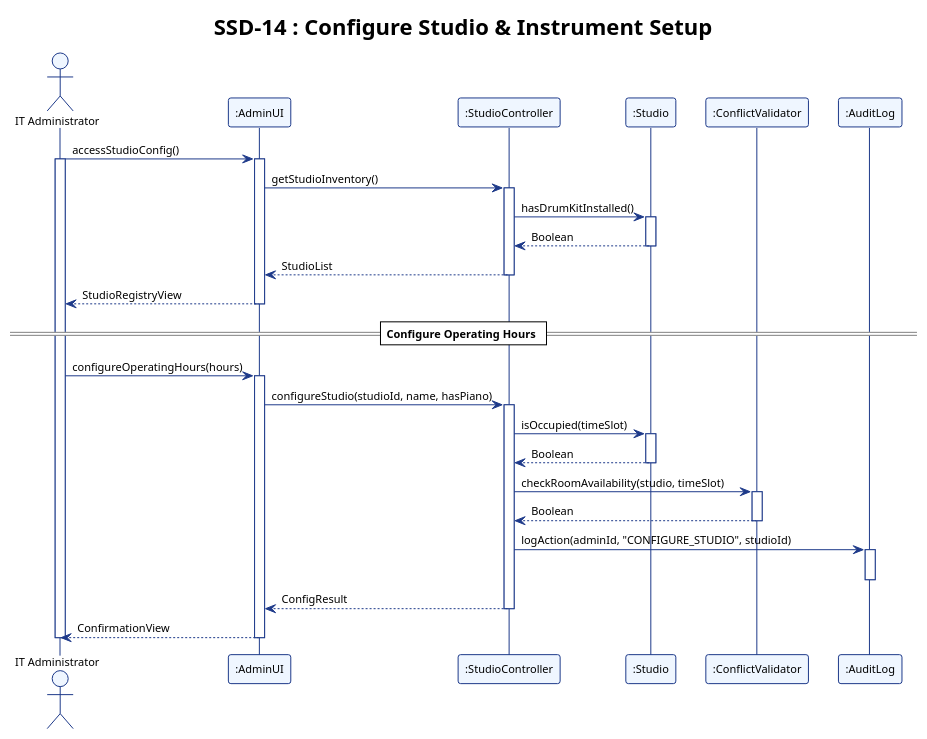
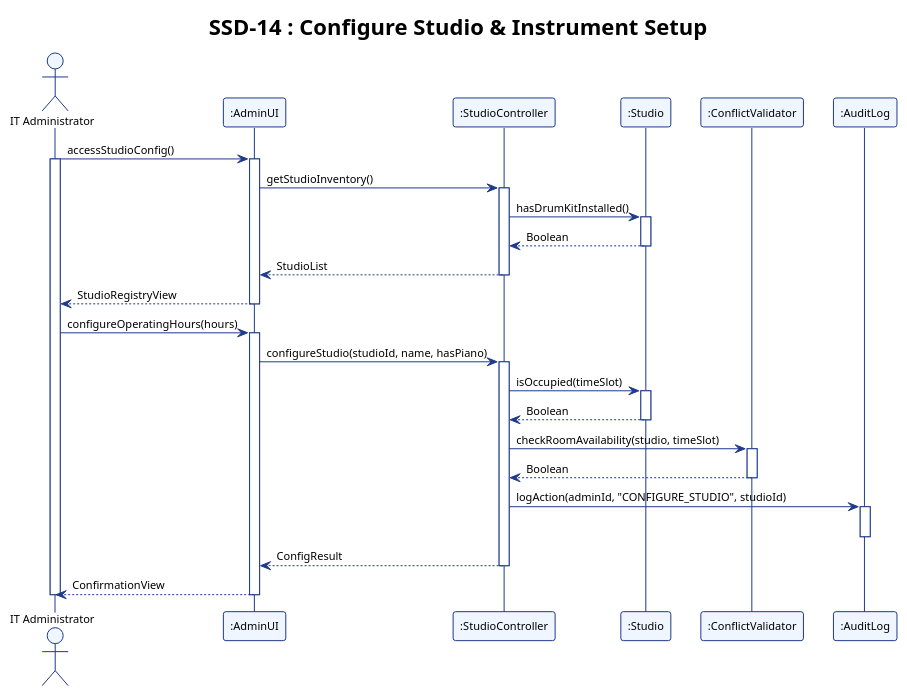
The diagram in report/assets/ssd_14.puml (adoreblvnk/2001temp), drawn with PlantUML before and after one commit. The commit also changed 12 other files, not shown here.

First line of the commit message:
fix(diagrams): strip UML divider separators from sequence diagrams

```diff
--- a/report/assets/ssd_14.puml
+++ b/report/assets/ssd_14.puml
@@ -1,62 +1,61 @@
 @startuml ssd_14
 !theme plain
 skinparam shadowing false
 skinparam defaultFontName "Helvetica", "Arial", sans-serif
 skinparam defaultFontSize 11
 skinparam sequence {
     ParticipantBorderColor #1E3A8A
     ParticipantBackgroundColor #EFF6FF
     LifeLineBorderColor #1E3A8A
     LifeLineBackgroundColor #FFFFFF
     ArrowColor #1E3A8A
     ActorBorderColor #1E3A8A
     ActorBackgroundColor #EFF6FF
 }
 
 title SSD-14 : Configure Studio & Instrument Setup
 
 actor "IT Administrator" as ITAdmin
 participant ":AdminUI" as AdminUI
 participant ":StudioController" as StudioController
 participant ":Studio" as Studio
 participant ":ConflictValidator" as ConflictValidator
 participant ":AuditLog" as AuditLog
 
 ITAdmin -> AdminUI : accessStudioConfig()
 activate ITAdmin
 activate AdminUI
 AdminUI -> StudioController : getStudioInventory()
 activate StudioController
 StudioController -> Studio : hasDrumKitInstalled()
 activate Studio
 Studio --> StudioController : Boolean
 deactivate Studio
 StudioController --> AdminUI : StudioList
 deactivate StudioController
 AdminUI --> ITAdmin : StudioRegistryView
 deactivate AdminUI
 
-== Configure Operating Hours ==
 
 ITAdmin -> AdminUI : configureOperatingHours(hours)
 activate AdminUI
 AdminUI -> StudioController : configureStudio(studioId, name, hasPiano)
 activate StudioController
 StudioController -> Studio : isOccupied(timeSlot)
 activate Studio
 Studio --> StudioController : Boolean
 deactivate Studio
 StudioController -> ConflictValidator : checkRoomAvailability(studio, timeSlot)
 activate ConflictValidator
 ConflictValidator --> StudioController : Boolean
 deactivate ConflictValidator
 StudioController -> AuditLog : logAction(adminId, "CONFIGURE_STUDIO", studioId)
 activate AuditLog
 deactivate AuditLog
 StudioController --> AdminUI : ConfigResult
 deactivate StudioController
 AdminUI --> ITAdmin : ConfirmationView
 deactivate AdminUI
 
 deactivate ITAdmin
 @enduml
```
